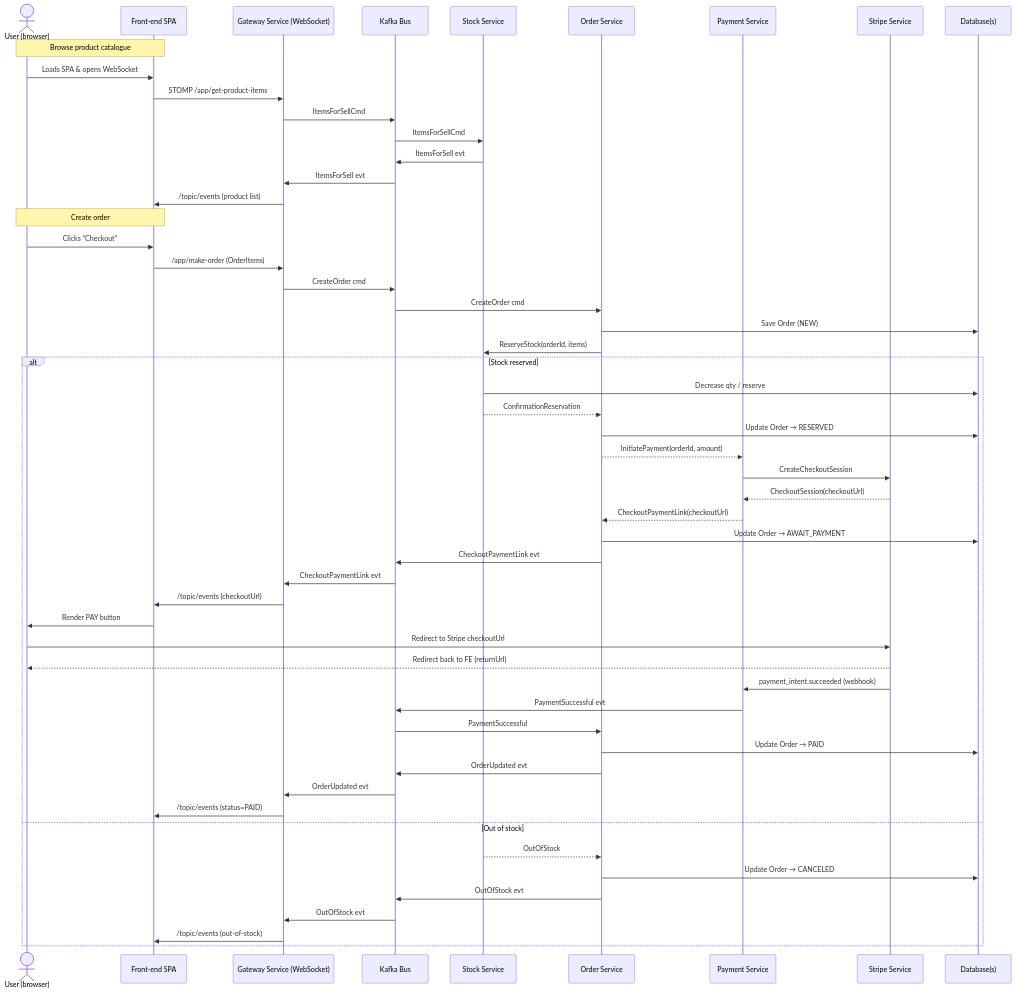
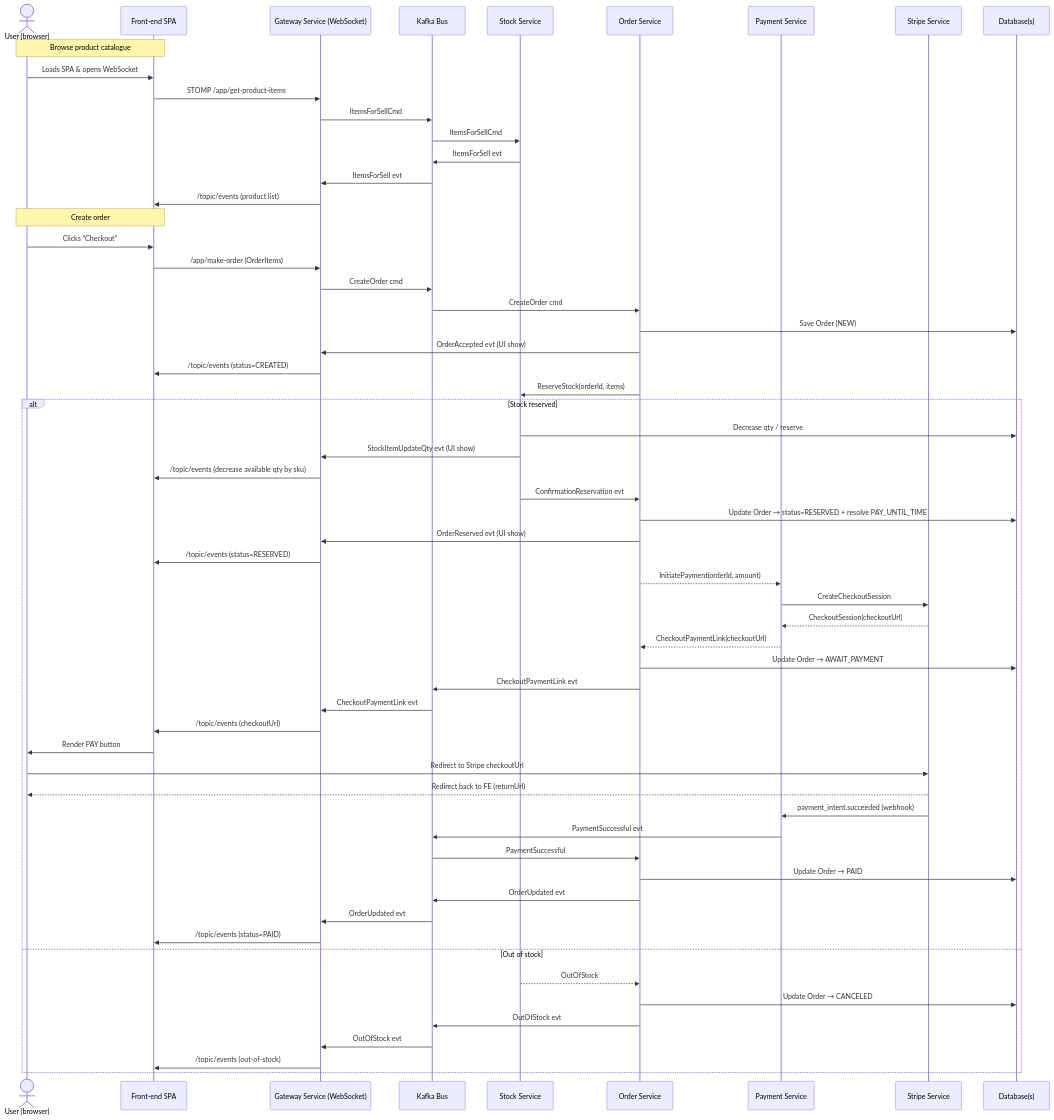
One commit to developer-stepanov/shop-platform changed the diagram in README.md. Above: the diagram before and after it, drawn with Mermaid. The commit also changed 10 other files, not shown here.

````diff
--- a/README.md
+++ b/README.md
@@ -9,64 +9,71 @@
 ```mermaid
 sequenceDiagram
     actor U  as User (browser)
     participant FE as Front‑end SPA
     participant GW as Gateway Service (WebSocket)
     participant K  as Kafka Bus
     participant SS as Stock Service
     participant OS as Order Service
     participant PS as Payment Service
     participant ST as Stripe Service
     participant DB as Database(s)
 
     %% ---------------- 1. Catalogue ----------------
     Note over U,FE: Browse product catalogue
     U ->> FE: Loads SPA & opens WebSocket
     FE ->> GW: STOMP /app/get-product-items
     GW ->> K: ItemsForSellCmd
     K  ->> SS: ItemsForSellCmd
     SS ->> K: ItemsForSell evt
     K  ->> GW: ItemsForSell evt
     GW ->> FE: /topic/events (product list)
 
     %% ---------------- 2. Create Order ----------------
     Note over U,FE: Create order
     U ->> FE: Clicks “Checkout”
     FE ->> GW: /app/make-order (OrderItems)
     GW ->> K: CreateOrder cmd
     K  ->> OS: CreateOrder cmd
     OS ->> DB: Save Order (NEW)
+    OS ->> GW: OrderAccepted evt (UI show)
+    GW ->> FE: /topic/events (status=CREATED)
     OS ->> SS: ReserveStock(orderId, items)
 
     %% ----- 2a. Stock reserved branch -----
     alt Stock reserved
         SS ->> DB: Decrease qty / reserve
-        SS -->> OS: ConfirmationReservation
-        OS ->> DB: Update Order → RESERVED
+        SS ->> GW: StockItemUpdateQty evt (UI show)
+        GW ->> FE: /topic/events (decrease available qty by sku)
+        SS ->> OS: ConfirmationReservation evt
+        OS ->> DB: Update Order → status=RESERVED + resolve PAY_UNTIL_TIME
+        OS ->> GW: OrderReserved evt (UI show)
+        GW ->> FE: /topic/events (status=RESERVED)
+        
         OS -->> PS: InitiatePayment(orderId, amount)
         PS ->> ST: CreateCheckoutSession
         ST -->> PS: CheckoutSession(checkoutUrl)
         PS -->> OS: CheckoutPaymentLink(checkoutUrl)
         OS ->> DB: Update Order → AWAIT_PAYMENT
         OS ->> K: CheckoutPaymentLink evt
         K  ->> GW: CheckoutPaymentLink evt
         GW ->> FE: /topic/events (checkoutUrl)
         FE ->> U: Render PAY button
         U  ->> ST: Redirect to Stripe checkoutUrl
         ST -->> U: Redirect back to FE (returnUrl)
         ST ->> PS: payment_intent.succeeded (webhook)
         PS ->> K: PaymentSuccessful evt
         K  ->> OS: PaymentSuccessful
         OS ->> DB: Update Order → PAID
         OS ->> K: OrderUpdated evt
         K  ->> GW: OrderUpdated evt
         GW ->> FE: /topic/events (status=PAID)
     %% --- Highlight Out-of-stock path ---
     else Out of stock
         SS -->> OS: OutOfStock
         OS ->> DB: Update Order → CANCELED
         OS ->> K: OutOfStock evt
         K  ->> GW: OutOfStock evt
         GW ->> FE: /topic/events (out‑of‑stock)
     end
     %% --- End highlight ---
 ```
````
